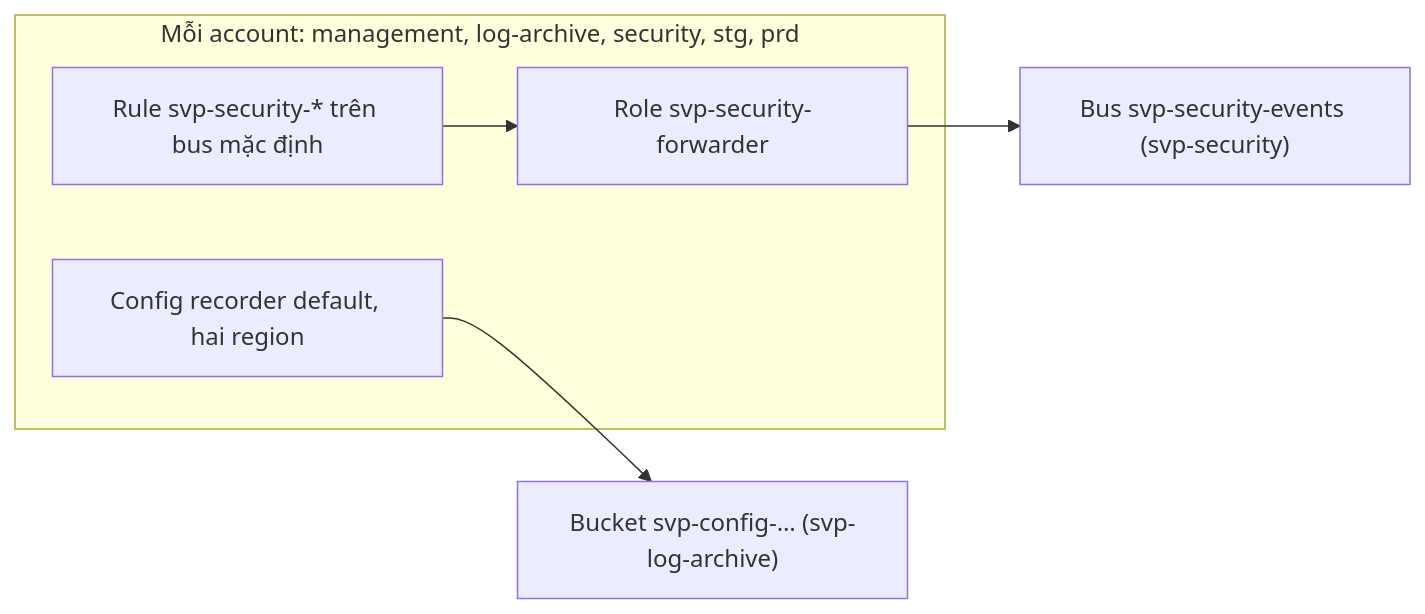
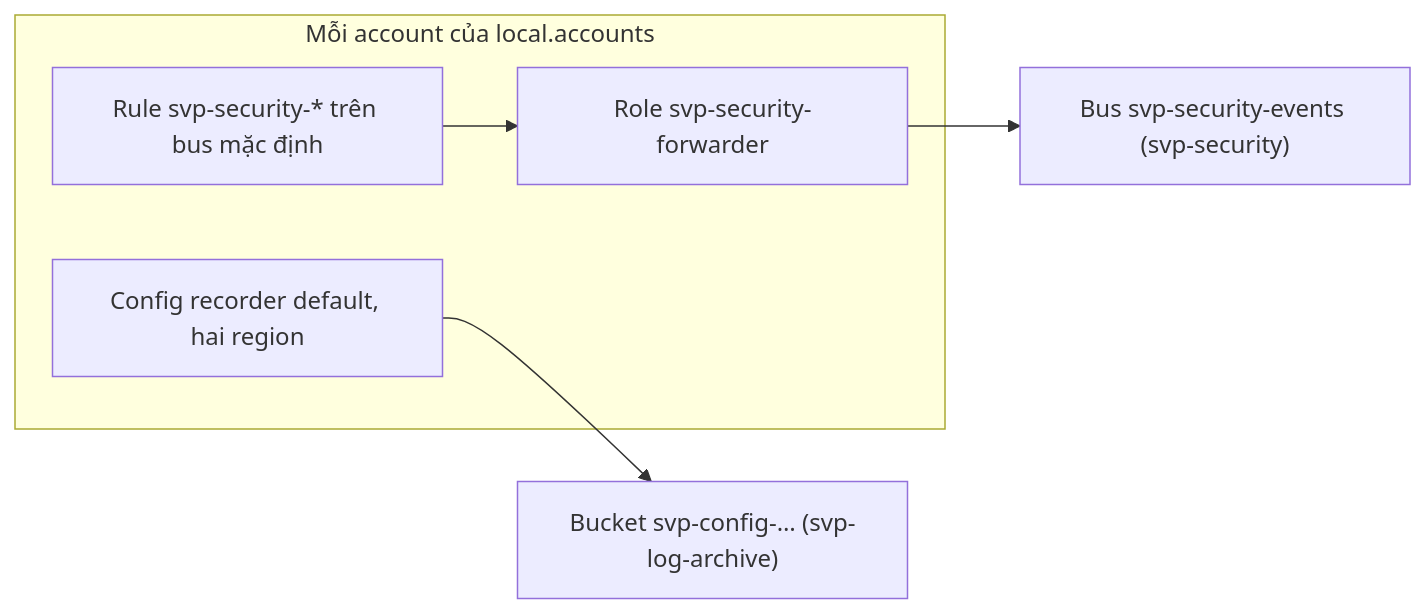
One commit to anhnvcoder/svp-infra changed the diagram in aws/baseline/README.md. Above: the diagram before and after it, drawn with Mermaid. The commit also changed other lines of this file and 92 other files, not shown here.

````diff
--- a/aws/baseline/README.md
+++ b/aws/baseline/README.md
@@ -46,9 +49,9 @@
 ```mermaid
 flowchart LR
-  subgraph acc["Mỗi account: management, log-archive, security, stg, prd"]
+  subgraph acc["Mỗi account của local.accounts"]
     rules["Rule svp-security-* trên bus mặc định"] --> role["Role svp-security-forwarder"]
     rec["Config recorder default, hai region"]
   end
   role --> bus["Bus svp-security-events (svp-security)"]
   rec --> cfg["Bucket svp-config-… (svp-log-archive)"]
 ```
````
